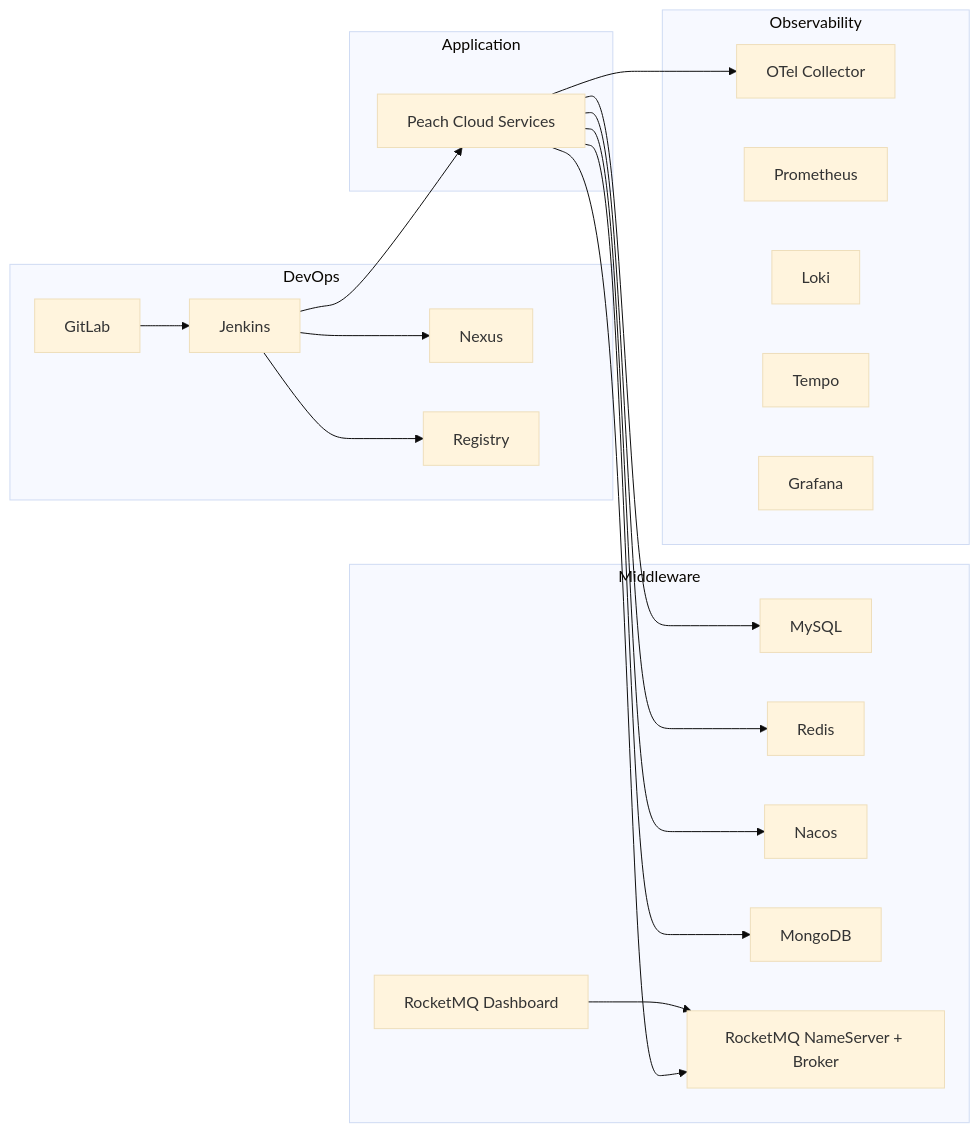
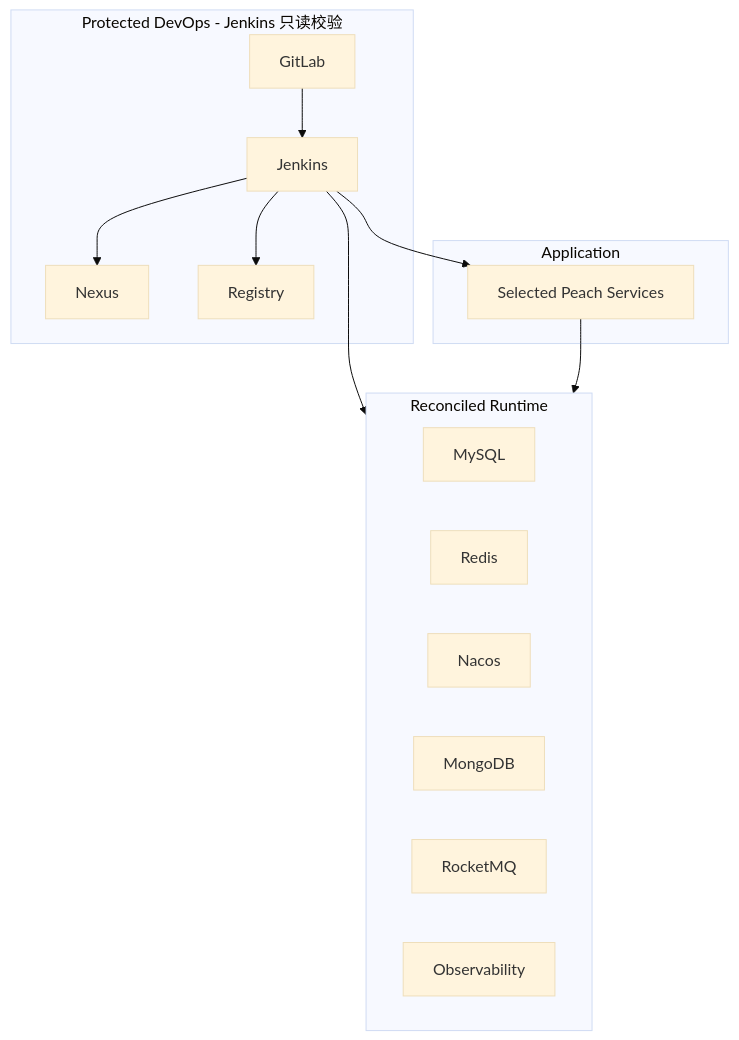
The diagram in deploy-pipline/docs/architecture-and-operations.md (Ryan-Guizhou/peach-cloud), drawn with Mermaid (base theme) before and after one commit. The commit also changed other lines of this file and 29 other files, not shown here.

````diff
--- a/deploy-pipline/docs/architecture-and-operations.md
+++ b/deploy-pipline/docs/architecture-and-operations.md
@@ -5,34 +5,26 @@
 ```mermaid
-flowchart LR
-    subgraph DevOps
-        GitLab --> Jenkins
-        Jenkins --> Nexus
-        Jenkins --> Registry
+flowchart TB
+    subgraph ProtectedDevOps[Protected DevOps - Jenkins 只读校验]
+        GitLab
+        Jenkins
+        Nexus
+        Registry
     end
-    subgraph Middleware
+    subgraph ReconciledRuntime[Reconciled Runtime]
         MySQL
         Redis
         Nacos
         MongoDB
-        RocketMQ["RocketMQ NameServer + Broker"]
-        Dashboard["RocketMQ Dashboard"]
-        Dashboard --> RocketMQ
+        RocketMQ
+        Observability
     end
-    subgraph Observability
-        OTel["OTel Collector"]
-        Prometheus
-        Loki
-        Tempo
-        Grafana
+    subgraph Application[Application]
+        Services[Selected Peach Services]
     end
-    subgraph Application
-        Services["Peach Cloud Services"]
-    end
+    GitLab --> Jenkins
+    Jenkins --> ReconciledRuntime
     Jenkins --> Services
-    Services --> MySQL
-    Services --> Redis
-    Services --> Nacos
-    Services --> MongoDB
-    Services --> RocketMQ
-    Services --> OTel
+    Jenkins --> Nexus
+    Jenkins --> Registry
+    Services --> ReconciledRuntime
 ```
````
